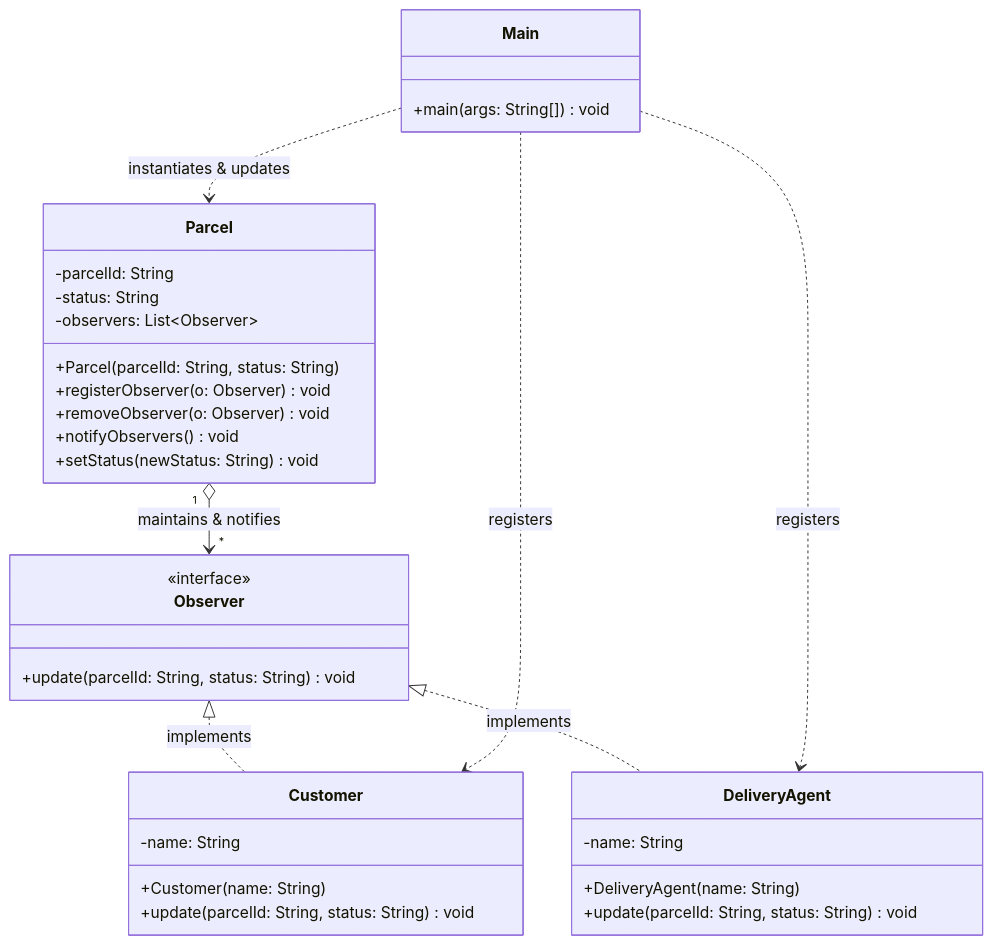
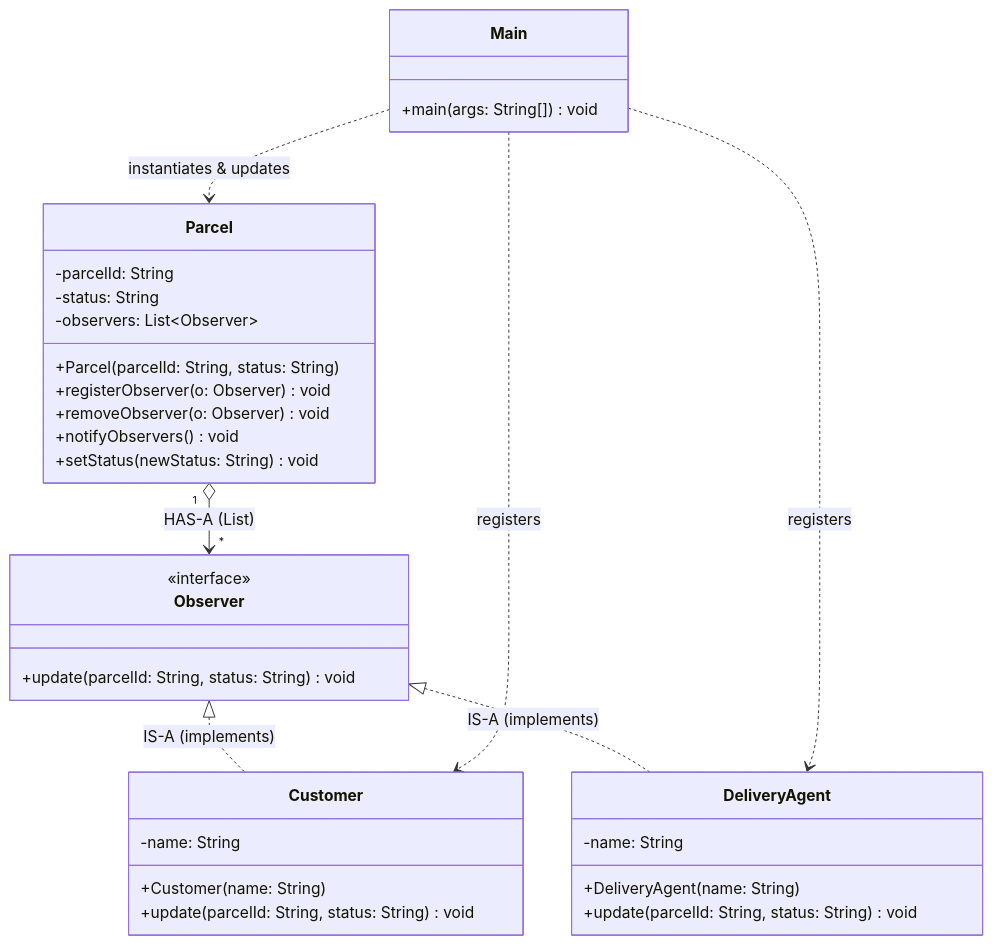
Before and after one commit to Janvithakre25/Smart-Parcel-Tracking-and-Notification-System-Using-Observer-Design-Pattern: the diagram in README.md, drawn with Mermaid. The commit also changed other lines of this file, not shown here.

Commit message:
Keep single UML class diagram focusing on IS-A and HAS-A relationships

````diff
--- a/README.md
+++ b/README.md
@@ -34,43 +34,43 @@
 ```mermaid
 classDiagram
     direction TB
 
     class Observer {
         <<interface>>
         +update(parcelId: String, status: String) void
     }
 
     class Customer {
         -name: String
         +Customer(name: String)
         +update(parcelId: String, status: String) void
     }
 
     class DeliveryAgent {
         -name: String
         +DeliveryAgent(name: String)
         +update(parcelId: String, status: String) void
     }
 
     class Parcel {
         -parcelId: String
         -status: String
         -observers: List~Observer~
         +Parcel(parcelId: String, status: String)
         +registerObserver(o: Observer) void
         +removeObserver(o: Observer) void
         +notifyObservers() void
         +setStatus(newStatus: String) void
     }
 
     class Main {
         +main(args: String[]) void
     }
 
-    Observer <|.. Customer : implements
-    Observer <|.. DeliveryAgent : implements
-    Parcel "1" o--> "*" Observer : maintains & notifies
+    Observer <|.. Customer : IS-A (implements)
+    Observer <|.. DeliveryAgent : IS-A (implements)
+    Parcel "1" o--> "*" Observer : HAS-A (List<Observer>)
     Main ..> Parcel : instantiates & updates
     Main ..> Customer : registers
     Main ..> DeliveryAgent : registers
 ```
````
